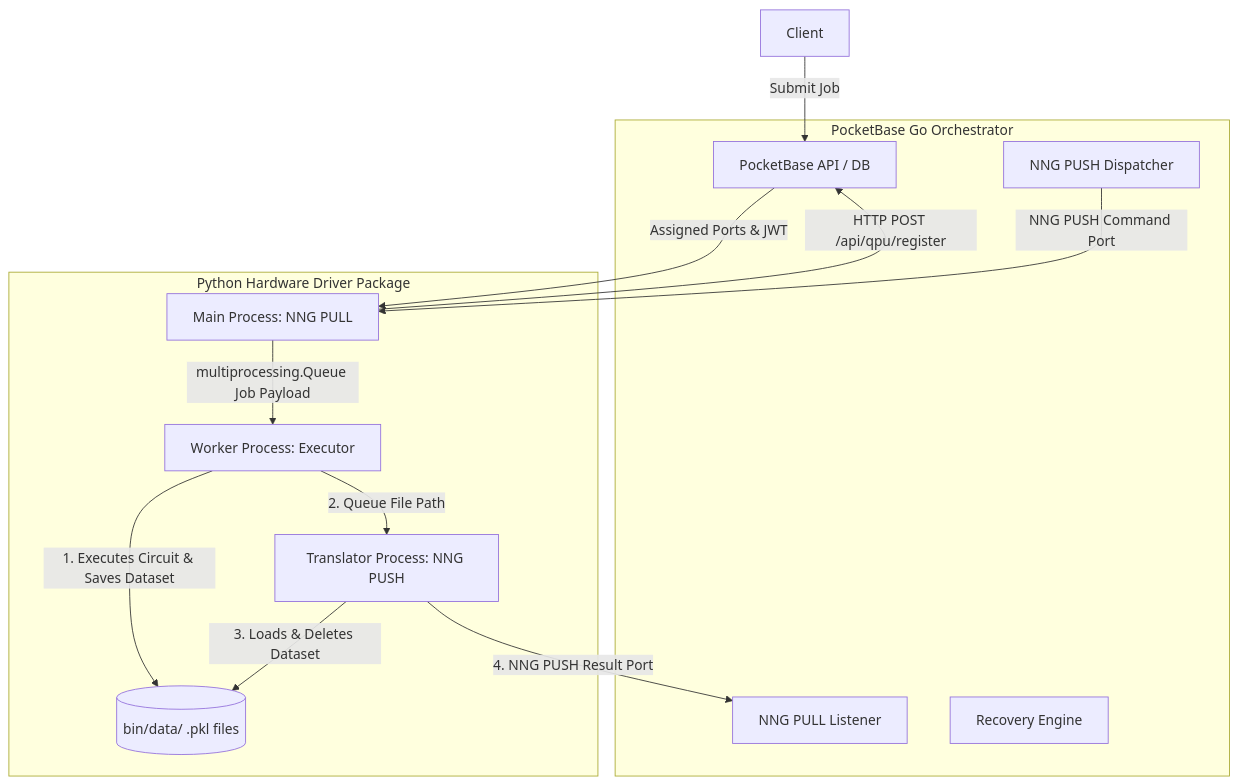
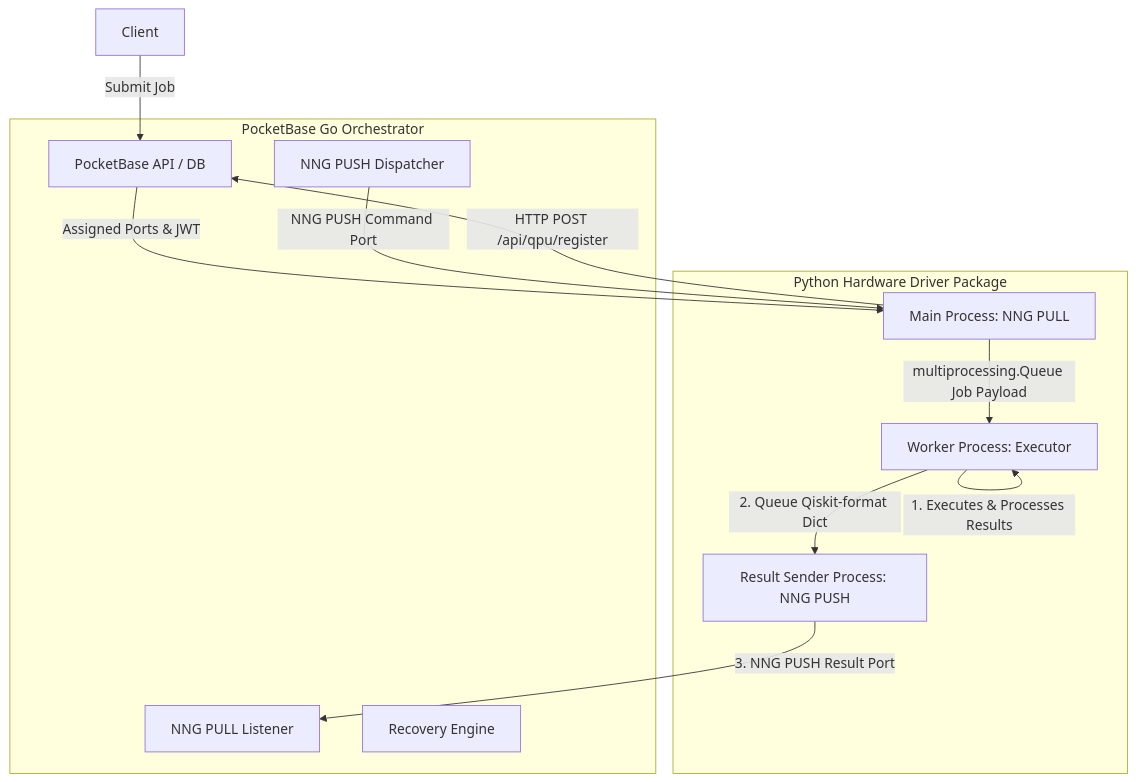
One commit to sopherapps/qpi changed the diagram in README.md. Above: the diagram before and after it, drawn with Mermaid. The commit also changed other lines of this file and 13 other files, not shown here.

````diff
--- a/README.md
+++ b/README.md
@@ -23,31 +23,29 @@
 ```mermaid
 graph TD
     subgraph pocketbase [PocketBase Go Orchestrator]
         PB[PocketBase API / DB]
         Dispatcher[NNG PUSH Dispatcher]
         Listener[NNG PULL Listener]
         Recovery[Recovery Engine]
     end
 
     subgraph python_driver [Python Hardware Driver Package]
         MainProc[Main Process: NNG PULL]
         Worker[Worker Process: Executor]
-        Translator[Translator Process: NNG PUSH]
-        DataDir[(bin/data/ .pkl files)]
+        ResultSender[Result Sender Process: NNG PUSH]
     end
 
     %% Client Interactions
     User[Client] -->|Submit Job| PB
     
     %% Handshake & Registration
     MainProc -->|HTTP POST /api/qpu/register| PB
     PB -->|Assigned Ports & JWT| MainProc
     
     %% Multiprocessing Communication
     Dispatcher -->|NNG PUSH Command Port| MainProc
     MainProc -->|multiprocessing.Queue Job Payload| Worker
-    Worker -->|1. Executes Circuit & Saves Dataset| DataDir
-    Worker -->|2. Queue File Path| Translator
-    Translator -->|3. Loads & Deletes Dataset| DataDir
-    Translator -->|4. NNG PUSH Result Port| Listener
+    Worker -->|1. Executes & Processes Results| Worker
+    Worker -->|2. Queue Qiskit-format Dict| ResultSender
+    ResultSender -->|3. NNG PUSH Result Port| Listener
 ```
````
